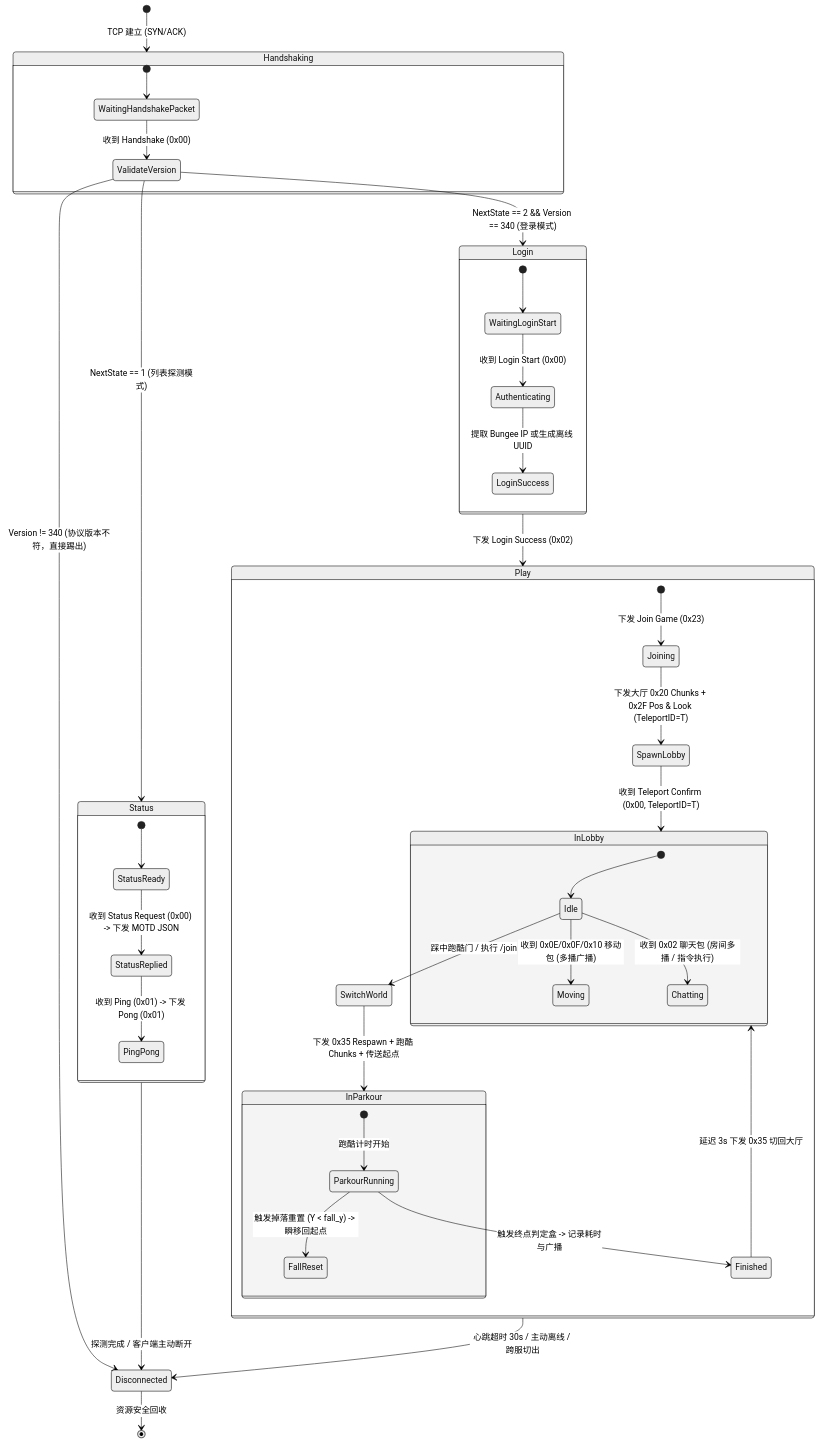
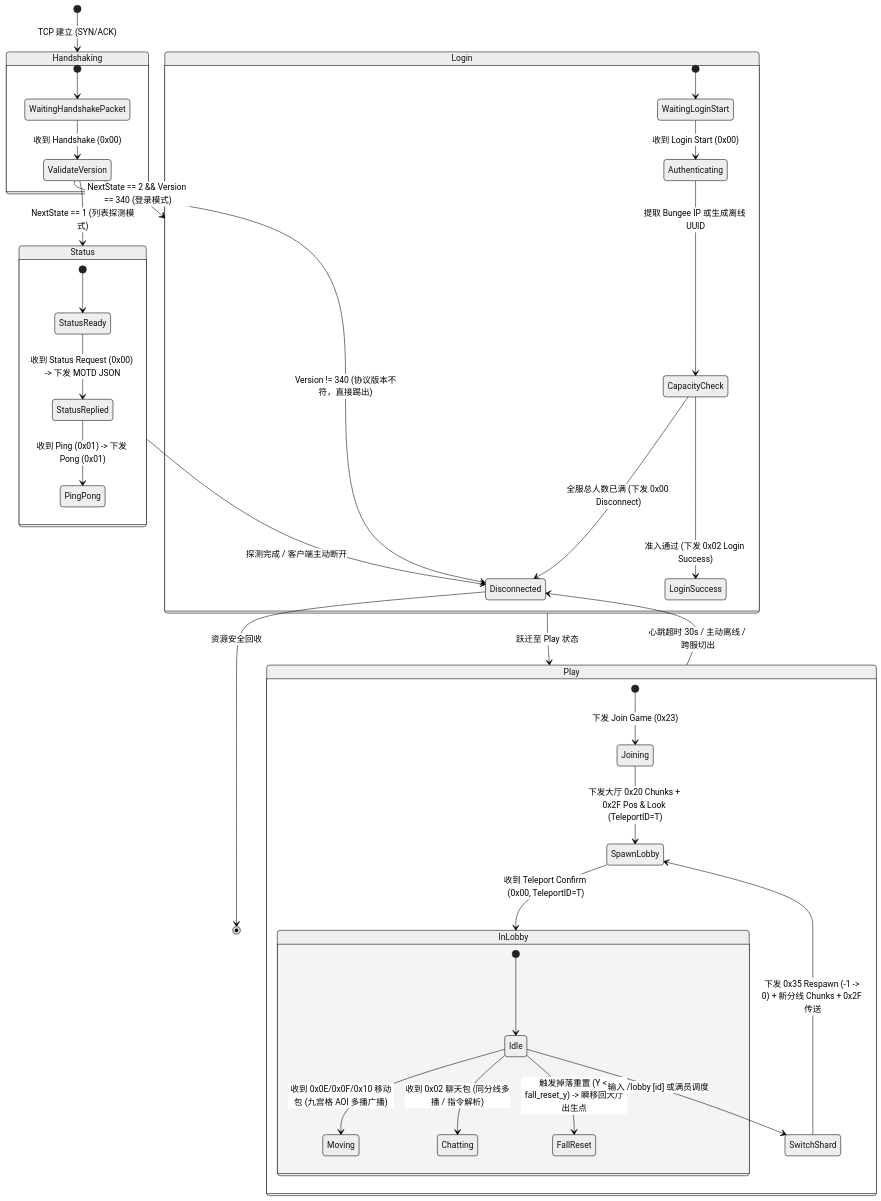
Before and after one commit to syuany/mcpe: the first of 3 diagrams in doc/05_房间状态机与状态同步设计.md, drawn with Mermaid (neutral theme). The commit also changed other lines of this file and 49 other files, not shown here.

````diff
--- a/doc/05_房间状态机与状态同步设计.md
+++ b/doc/05_房间状态机与状态同步设计.md
@@ -15,52 +16,48 @@
 ```mermaid
 stateDiagram-v2
     [*] --> Handshaking: TCP 建立 (SYN/ACK)
     
     state Handshaking {
         [*] --> WaitingHandshakePacket
         WaitingHandshakePacket --> ValidateVersion: 收到 Handshake (0x00)
     }
 
     ValidateVersion --> Status: NextState == 1 (列表探测模式)
     ValidateVersion --> Login: NextState == 2 && Version == 340 (登录模式)
     ValidateVersion --> Disconnected: Version != 340 (协议版本不符，直接踢出)
 
     state Status {
         [*] --> StatusReady
         StatusReady --> StatusReplied: 收到 Status Request (0x00) -> 下发 MOTD JSON
         StatusReplied --> PingPong: 收到 Ping (0x01) -> 下发 Pong (0x01)
     }
     Status --> Disconnected: 探测完成 / 客户端主动断开
 
     state Login {
         [*] --> WaitingLoginStart
         WaitingLoginStart --> Authenticating: 收到 Login Start (0x00)
-        Authenticating --> LoginSuccess: 提取 Bungee IP 或生成离线 UUID
+        Authenticating --> CapacityCheck: 提取 Bungee IP 或生成离线 UUID
+        CapacityCheck --> Disconnected: 全服总人数已满 (下发 0x00 Disconnect)
+        CapacityCheck --> LoginSuccess: 准入通过 (下发 0x02 Login Success)
     }
-    Login --> Play: 下发 Login Success (0x02)
+    Login --> Play: 跃迁至 Play 状态
 
     state Play {
         [*] --> Joining: 下发 Join Game (0x23)
         Joining --> SpawnLobby: 下发大厅 0x20 Chunks + 0x2F Pos & Look (TeleportID=T)
         SpawnLobby --> InLobby: 收到 Teleport Confirm (0x00, TeleportID=T)
         
         state InLobby {
             [*] --> Idle
-            Idle --> Moving: 收到 0x0E/0x0F/0x10 移动包 (多播广播)
-            Idle --> Chatting: 收到 0x02 聊天包 (房间多播 / 指令执行)
-            Idle --> SwitchWorld: 踩中跑酷门 / 执行 /join
+            Idle --> Moving: 收到 0x0E/0x0F/0x10 移动包 (九宫格 AOI 多播广播)
+            Idle --> Chatting: 收到 0x02 聊天包 (同分线多播 / 指令解析)
+            Idle --> FallReset: 触发掉落重置 (Y < fall_reset_y) -> 瞬移回大厅出生点
+            Idle --> SwitchShard: 输入 /lobby [id] 或满员调度
         }
 
-        SwitchWorld --> InParkour: 下发 0x35 Respawn + 跑酷 Chunks + 传送起点
-        
-        state InParkour {
-            [*] --> ParkourRunning: 跑酷计时开始
-            ParkourRunning --> FallReset: 触发掉落重置 (Y < fall_y) -> 瞬移回起点
-            ParkourRunning --> Finished: 触发终点判定盒 -> 记录耗时与广播
-        }
-        Finished --> InLobby: 延迟 3s 下发 0x35 切回大厅
+        SwitchShard --> SpawnLobby: 下发 0x35 Respawn (-1 -> 0) + 新分线 Chunks + 0x2F 传送
     }
 
     Play --> Disconnected: 心跳超时 30s / 主动离线 / 跨服切出
     Disconnected --> [*]: 资源安全回收
 ```
````
